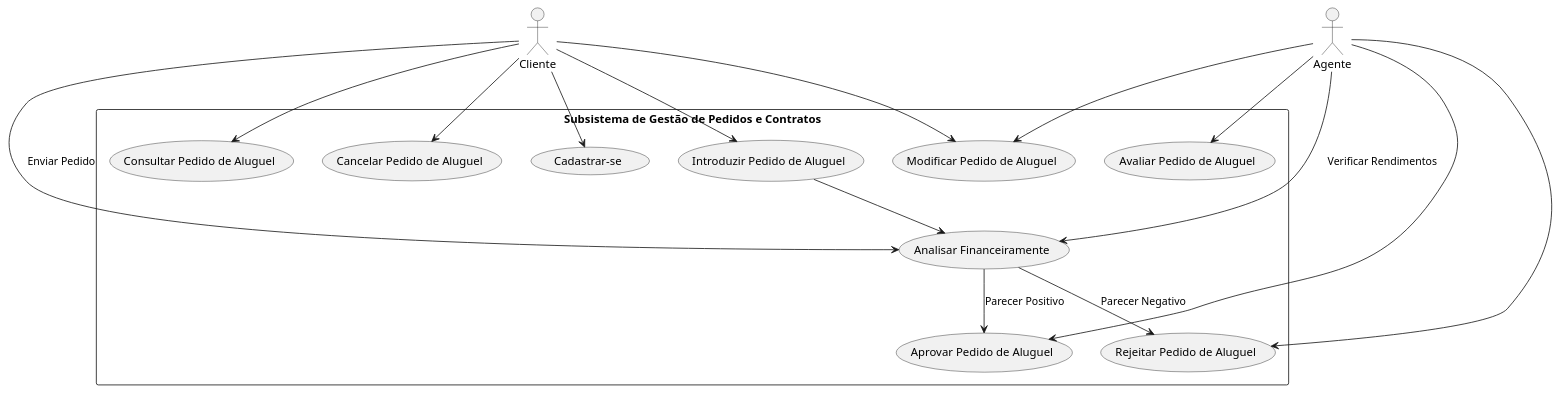
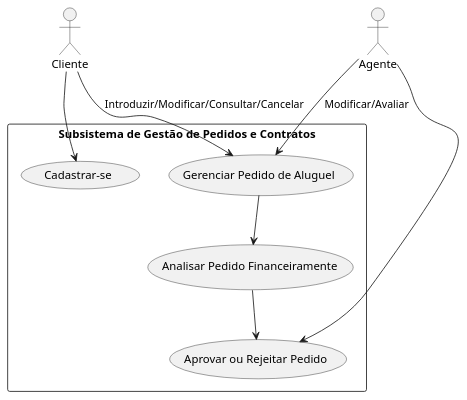
Before and after one commit to rodrigodniz/Sistema-de-Aluguel-de-Carros: the diagram in project/Casodeuso.puml, drawn with PlantUML.

```diff
--- a/project/Casodeuso.puml
+++ b/project/Casodeuso.puml
@@ -1,26 +1,18 @@
 @startuml
 actor Cliente as C
 actor Agente as A
 
 rectangle "Subsistema de Gestão de Pedidos e Contratos" {
     C --> (Cadastrar-se)
-    C --> (Introduzir Pedido de Aluguel)
-    C --> (Modificar Pedido de Aluguel)
-    C --> (Consultar Pedido de Aluguel)
-    C --> (Cancelar Pedido de Aluguel)
+    C --> (Gerenciar Pedido de Aluguel) : "Introduzir/Modificar/Consultar/Cancelar"
     
-    A --> (Modificar Pedido de Aluguel)
-    A --> (Avaliar Pedido de Aluguel)
-    A --> (Aprovar Pedido de Aluguel)
-    A --> (Rejeitar Pedido de Aluguel)
-
-    (Introduzir Pedido de Aluguel) --> (Analisar Financeiramente)
+    A --> (Gerenciar Pedido de Aluguel) : "Modificar/Avaliar"
+    
+    (Gerenciar Pedido de Aluguel) --> (Analisar Pedido Financeiramente)
+    
+    A --> (Aprovar ou Rejeitar Pedido) 
 }
 
-C --> (Analisar Financeiramente) : "Enviar Pedido"
-A --> (Analisar Financeiramente) : "Verificar Rendimentos"
-
-(Analisar Financeiramente) --> (Aprovar Pedido de Aluguel) : "Parecer Positivo"
-(Analisar Financeiramente) --> (Rejeitar Pedido de Aluguel) : "Parecer Negativo"
+(Analisar Pedido Financeiramente) --> (Aprovar ou Rejeitar Pedido)
 
 @enduml
```
